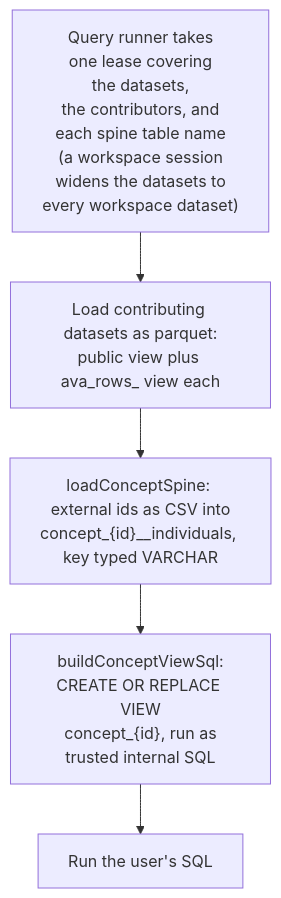
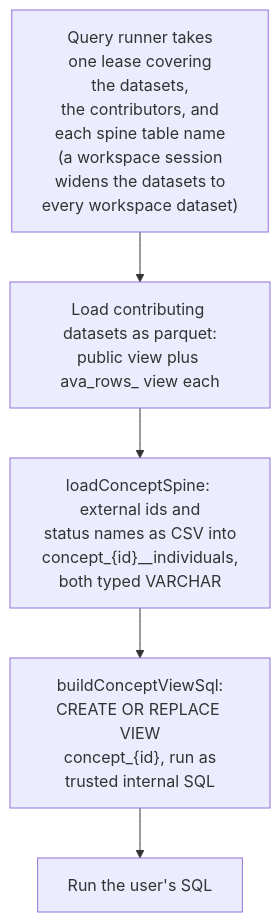
Before and after one commit to AvandarLabs/avandar: the eighth of 10 diagrams in docs/ontology-architecture.md, drawn with Mermaid. The commit also changed other lines of this file and 1 other file, not shown here.

Commit message:
docs(case-statuses): document the status column and chat statuses, and update the roadmap

````diff
--- a/docs/ontology-architecture.md
+++ b/docs/ontology-architecture.md
@@ -511,9 +531,9 @@
 ```mermaid
 flowchart TD
   D["Query runner takes<br/>one lease covering<br/>the datasets,<br/>the contributors, and<br/>each spine table name<br/>(a workspace session<br/>widens the datasets to<br/>every workspace dataset)"]
   E["Load contributing datasets as parquet:<br/>public view plus ava_rows_ view each"]
-  F["loadConceptSpine: external ids as CSV into<br/>concept_{id}__individuals, key typed VARCHAR"]
+  F["loadConceptSpine: external ids and<br/>status names as CSV into<br/>concept_{id}__individuals,<br/>both typed VARCHAR"]
   G["buildConceptViewSql:<br/>CREATE OR REPLACE VIEW<br/>concept_{id}, run as<br/>trusted internal SQL"]
   H["Run the user's SQL"]
   D --> E --> F --> G --> H
 ```
````
